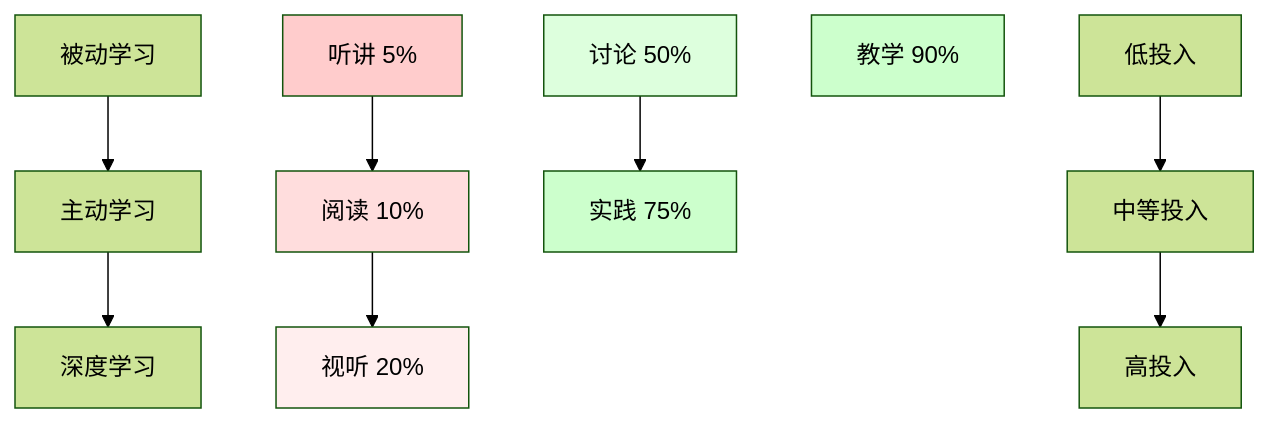
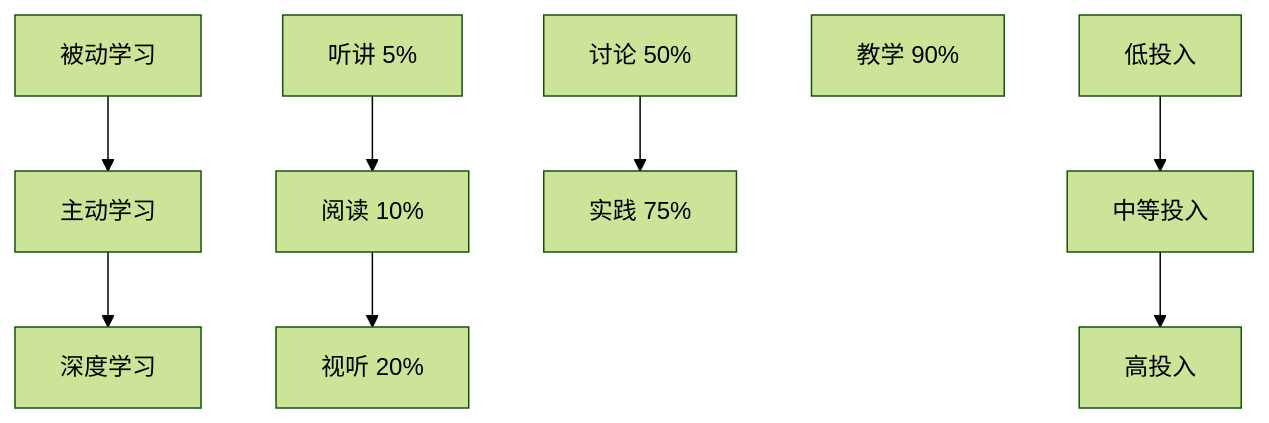
One commit to fangkun119/tech-page changed the eighth of 52 diagrams in _posts/2025-11-08-book-01-feynman-approach.md. Above: the diagram before and after it, drawn with Mermaid (forest theme). The commit also changed other lines of this file and 1 other file, not shown here.

Commit message:
feat: adjust diagram color

````diff
--- a/_posts/2025-11-08-book-01-feynman-approach.md
+++ b/_posts/2025-11-08-book-01-feynman-approach.md
@@ -990,21 +960,14 @@
 ```mermaid
 graph TD
     A[被动学习] --> B[主动学习]
     B --> C[深度学习]
 
     A1[听讲 5%] --> A2[阅读 10%]
     A2 --> A3[视听 20%]
 
     B1[讨论 50%] --> B2[实践 75%]
 
     C1[教学 90%]
 
-    style A1 fill:#ffcccc
-    style A2 fill:#ffdddd
-    style A3 fill:#ffeeee
-    style B1 fill:#ddffdd
-    style B2 fill:#ccffcc
-    style C1 fill:#ccffcc
-
     D[低投入] --> E[中等投入] --> F[高投入]
 ```
````
